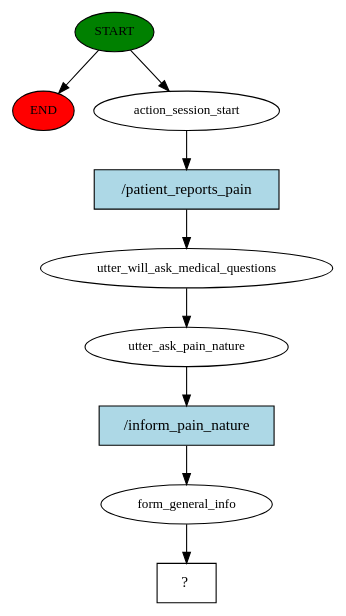
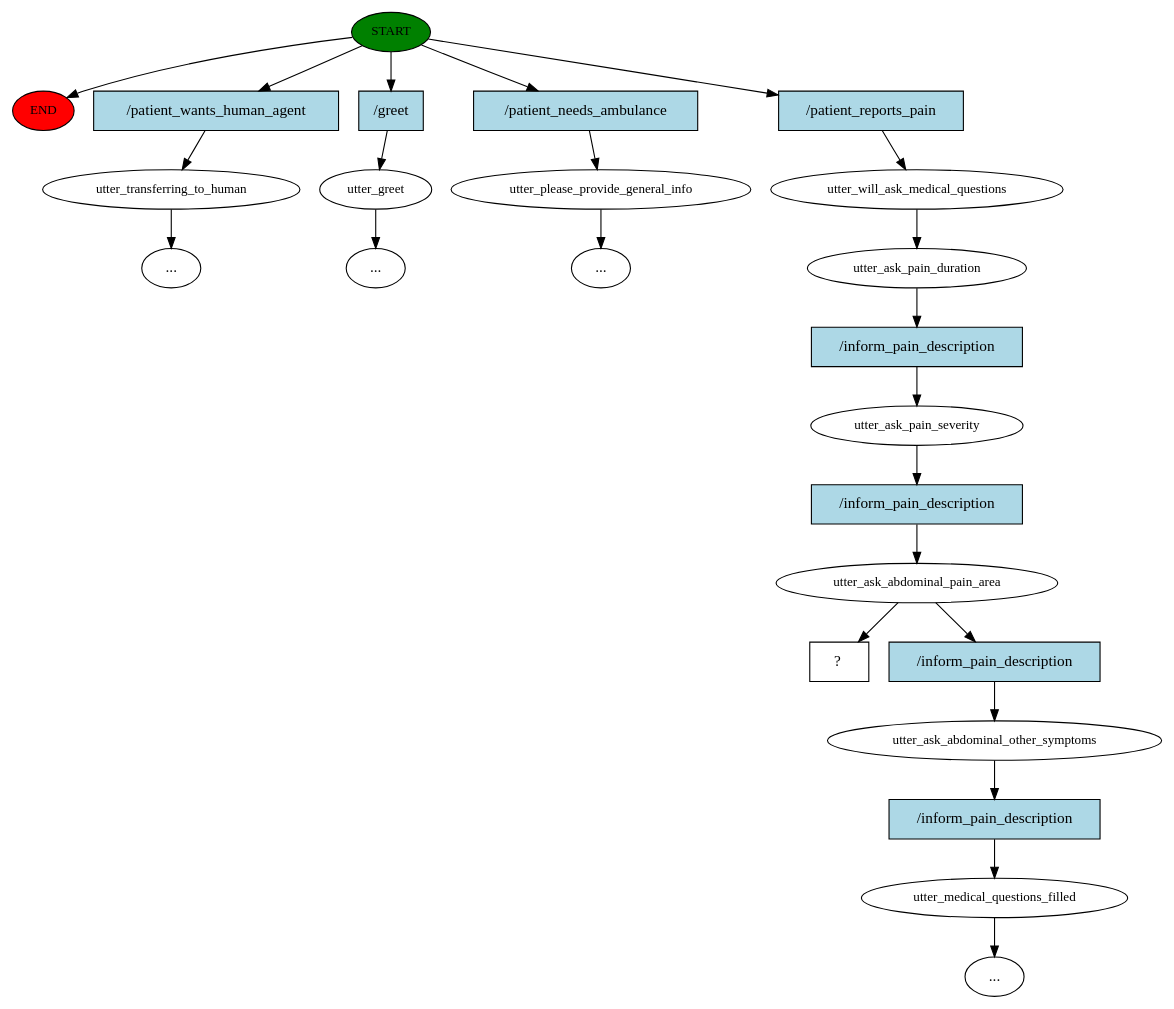
The diagram in story_graph.dot (halixness/HMD-Dispatcher), drawn with Graphviz before and after one commit. The commit also changed 7 other files, not shown here.

```diff
--- a/story_graph.dot
+++ b/story_graph.dot
@@ -1,19 +1,49 @@
 digraph  {
 0 [class="start active", fillcolor=green, fontsize=12, label=START, style=filled];
 "-1" [class=end, fillcolor=red, fontsize=12, label=END, style=filled];
-1 [class=active, fontsize=12, label=action_session_start];
-2 [class=active, fontsize=12, label=utter_will_ask_medical_questions];
-3 [class=active, fontsize=12, label=utter_ask_pain_nature];
-4 [class=active, fontsize=12, label=form_general_info];
-5 [class="intent dashed active", label="  ?  ", shape=rect];
-6 [class="intent active", fillcolor=lightblue, label="/patient_reports_pain", shape=rect, style=filled];
-7 [class="intent active", fillcolor=lightblue, label="/inform_pain_nature", shape=rect, style=filled];
+1 [class="", fontsize=12, label=utter_transferring_to_human];
+"-3" [class=ellipsis, label="..."];
+2 [class="", fontsize=12, label=utter_greet];
+"-5" [class=ellipsis, label="..."];
+4 [class="", fontsize=12, label=utter_please_provide_general_info];
+"-6" [class=ellipsis, label="..."];
+5 [class=active, fontsize=12, label=utter_will_ask_medical_questions];
+6 [class=active, fontsize=12, label=utter_ask_pain_duration];
+7 [class=active, fontsize=12, label=utter_ask_pain_severity];
+8 [class=active, fontsize=12, label=utter_ask_abdominal_pain_area];
+9 [class="", fontsize=12, label=utter_ask_abdominal_other_symptoms];
+10 [class="", fontsize=12, label=utter_medical_questions_filled];
+"-8" [class=ellipsis, label="..."];
+21 [class="intent dashed active", label="  ?  ", shape=rect];
+22 [class=intent, fillcolor=lightblue, label="/patient_wants_human_agent", shape=rect, style=filled];
+23 [class=intent, fillcolor=lightblue, label="/greet", shape=rect, style=filled];
+24 [class=intent, fillcolor=lightblue, label="/patient_needs_ambulance", shape=rect, style=filled];
+25 [class="intent active", fillcolor=lightblue, label="/patient_reports_pain", shape=rect, style=filled];
+26 [class="intent active", fillcolor=lightblue, label="/inform_pain_description", shape=rect, style=filled];
+27 [class="intent active", fillcolor=lightblue, label="/inform_pain_description", shape=rect, style=filled];
+28 [class=intent, fillcolor=lightblue, label="/inform_pain_description", shape=rect, style=filled];
+29 [class=intent, fillcolor=lightblue, label="/inform_pain_description", shape=rect, style=filled];
 0 -> "-1"  [class="", key=NONE, label=""];
-0 -> 1  [class=active, key=NONE, label=""];
-1 -> 6  [class=active, key=0];
-2 -> 3  [class=active, key=NONE, label=""];
-3 -> 7  [class=active, key=0];
-4 -> 5  [class=active, key=NONE, label=""];
-6 -> 2  [class=active, key=0];
-7 -> 4  [class=active, key=0];
+0 -> 22  [class="", key=0];
+0 -> 23  [class="", key=0];
+0 -> 24  [class="", key=0];
+0 -> 25  [class=active, key=0];
+1 -> "-3"  [class="", key=NONE, label=""];
+2 -> "-5"  [class="", key=NONE, label=""];
+4 -> "-6"  [class="", key=NONE, label=""];
+5 -> 6  [class=active, key=NONE, label=""];
+6 -> 26  [class=active, key=0];
+7 -> 27  [class=active, key=0];
+8 -> 21  [class=active, key=NONE, label=""];
+8 -> 28  [class="", key=0];
+9 -> 29  [class="", key=0];
+10 -> "-8"  [class="", key=NONE, label=""];
+22 -> 1  [class="", key=0];
+23 -> 2  [class="", key=0];
+24 -> 4  [class="", key=0];
+25 -> 5  [class=active, key=0];
+26 -> 7  [class=active, key=0];
+27 -> 8  [class=active, key=0];
+28 -> 9  [class="", key=0];
+29 -> 10  [class="", key=0];
 }
```
